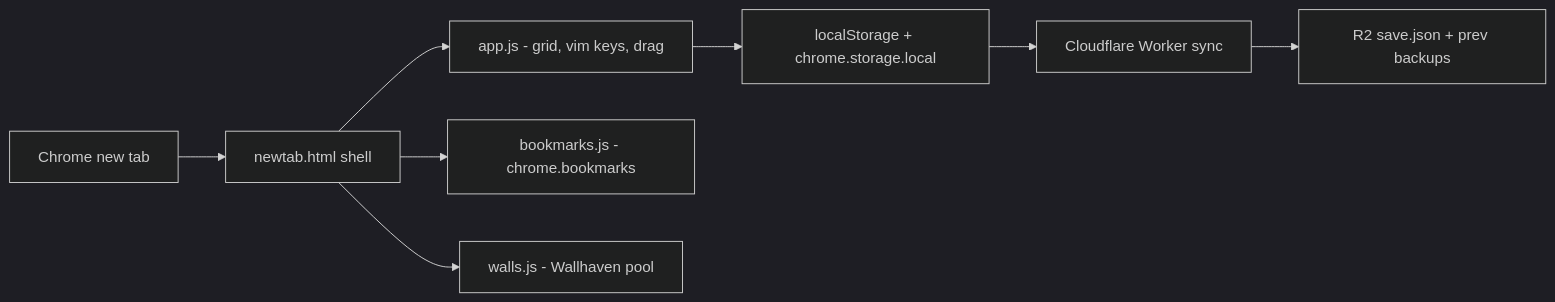
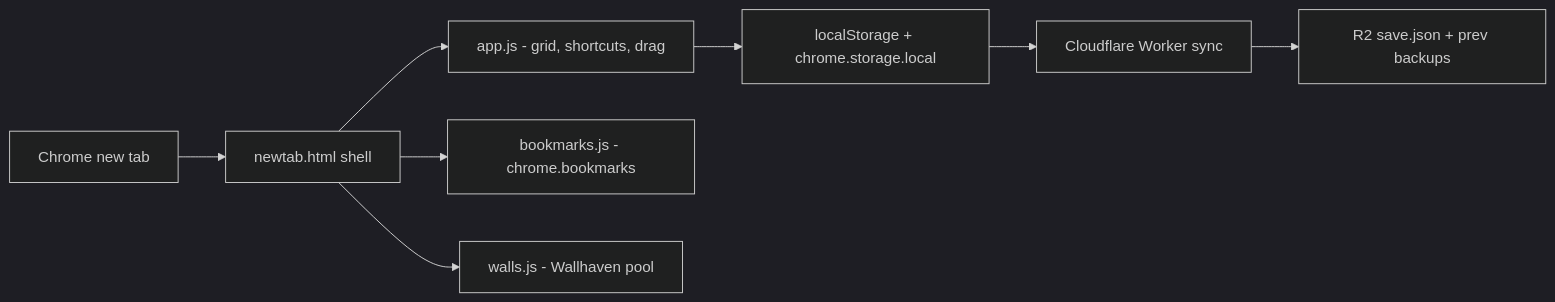
The diagram in README.md (FirozChauhan/Glisters), drawn with Mermaid (dark theme) before and after one commit. The commit also changed other lines of this file, not shown here.

First line of the commit message:
README: soften keyboard-first branding, keep vim keys as a subtle feature

````diff
--- a/README.md
+++ b/README.md
@@ -40,10 +40,10 @@
 ```mermaid
 flowchart LR
   A[Chrome new tab] --> B[newtab.html shell]
-  B --> C[app.js - grid, vim keys, drag]
+  B --> C[app.js - grid, shortcuts, drag]
   C --> D[localStorage + chrome.storage.local]
   D --> E[Cloudflare Worker sync]
   E --> F[R2 save.json + prev backups]
   B --> G[bookmarks.js - chrome.bookmarks]
   B --> H[walls.js - Wallhaven pool]
 ```
````
